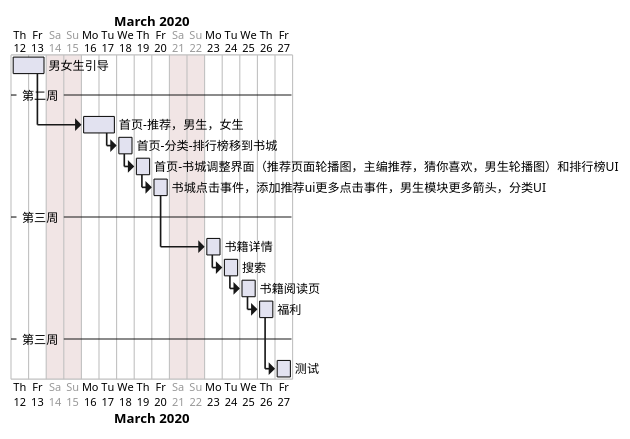
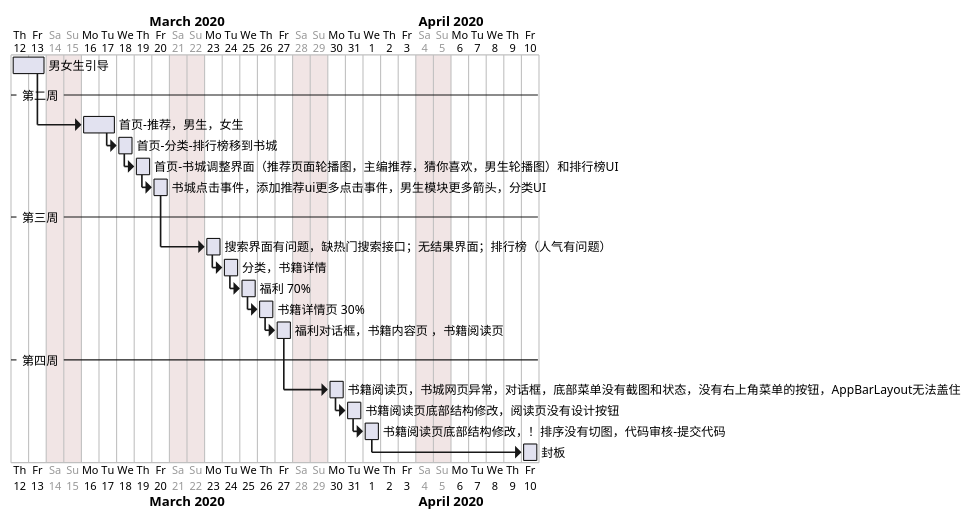
The diagram in 分享内容/猎鹰小说排期2020-03-19.plantuml (rickgit/rickgit.github.io), drawn with PlantUML before and after one commit. The commit also changed 12 other files, not shown here.

```diff
--- a/分享内容/猎鹰小说排期2020-03-19.plantuml
+++ b/分享内容/猎鹰小说排期2020-03-19.plantuml
@@ -1,21 +1,27 @@
 @startgantt
 ' printscale weekly
 saturday are closed
 sunday are closed
 Project starts the 2020/03/12
 [男女生引导] lasts 2 days
 -- 第二周 --
 then [首页-推荐，男生，女生]   starts  2020/03/16 
 [首页-推荐，男生，女生] lasts 2 days
 then [首页-分类-排行榜移到书城] starts  2020/03/18
 then [首页-书城调整界面（推荐页面轮播图，主编推荐，猜你喜欢，男生轮播图）和排行榜UI] starts  2020/03/19
 then [书城点击事件，添加推荐ui更多点击事件，男生模块更多箭头，分类UI] starts  2020/03/20
 -- 第三周 --
-then [书籍详情] starts  2020/03/23
-then [搜索] starts  2020/03/24
-then [书籍阅读页] starts  2020/03/25
-then [福利] starts  2020/03/26
--- 第三周 --
-then [测试] lasts 1 days
+then [搜索界面有问题，缺热门搜索接口；无结果界面；排行榜（人气有问题）] starts  2020/03/23
+then [分类，书籍详情] starts  2020/03/24
+then [福利 70%] starts  2020/03/25
+then [书籍详情页 30%] starts  2020/03/26
+then [福利对话框，书籍内容页 ，书籍阅读页] starts  2020/03/27
+-- 第四周 --
+then [书籍阅读页，书城网页异常，对话框，底部菜单没有截图和状态，没有右上角菜单的按钮，AppBarLayout无法盖住] starts 2020/03/30
+then [书籍阅读页底部结构修改，阅读页没有设计按钮] starts 2020/03/31
+then [书籍阅读页底部结构修改，！排序没有切图，代码审核-提交代码] starts 2020/04/01
+
+then [封板] starts 2020/04/10
+
 
 @endgantt
```
